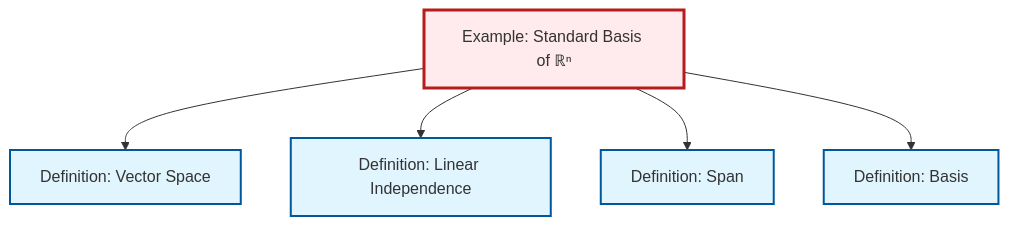
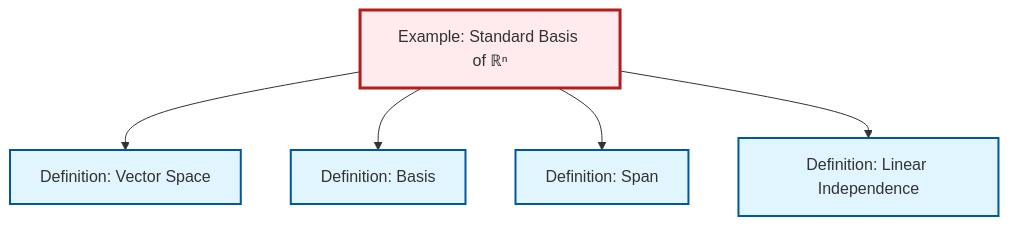
One commit to RK0429/ModernMath changed the diagram in content/en/algebra/ex-standard-basis-rn.qmd. Above: the diagram before and after it, drawn with Mermaid. The commit also changed other lines of this file and 615 other files, not shown here.

````diff
--- a/content/en/algebra/ex-standard-basis-rn.qmd
+++ b/content/en/algebra/ex-standard-basis-rn.qmd
@@ -62,23 +62,23 @@
 ```{mermaid}
 %%| fig-cap: "Local dependency graph"
 graph TD
     classDef definition fill:#e1f5fe,stroke:#01579b,stroke-width:2px
     classDef theorem fill:#f3e5f5,stroke:#4a148c,stroke-width:2px
     classDef axiom fill:#fff3e0,stroke:#e65100,stroke-width:2px
     classDef example fill:#e8f5e9,stroke:#1b5e20,stroke-width:2px
     classDef current fill:#ffebee,stroke:#b71c1c,stroke-width:3px
-    def-linear-independence["Definition: Linear Independence"]:::definition
-    def-vector-space["Definition: Vector Space"]:::definition
     def-basis["Definition: Basis"]:::definition
     ex-standard-basis-rn["Example: Standard Basis of ℝⁿ"]:::example
     def-span["Definition: Span"]:::definition
+    def-linear-independence["Definition: Linear Independence"]:::definition
+    def-vector-space["Definition: Vector Space"]:::definition
     ex-standard-basis-rn --> def-vector-space
+    ex-standard-basis-rn --> def-basis
+    ex-standard-basis-rn --> def-span
     ex-standard-basis-rn --> def-linear-independence
-    ex-standard-basis-rn --> def-span
-    ex-standard-basis-rn --> def-basis
     class ex-standard-basis-rn current
+    click def-basis "def-basis.html" "Go to Basis definition"
+    click def-span "def-span.html" "Go to Span definition"
     click def-linear-independence "def-linear-independence.html" "Go to Linear Independence definition"
     click def-vector-space "def-vector-space.html" "Go to Vector Space definition"
-    click def-basis "def-basis.html" "Go to Basis definition"
-    click def-span "def-span.html" "Go to Span definition"
 ```
````
